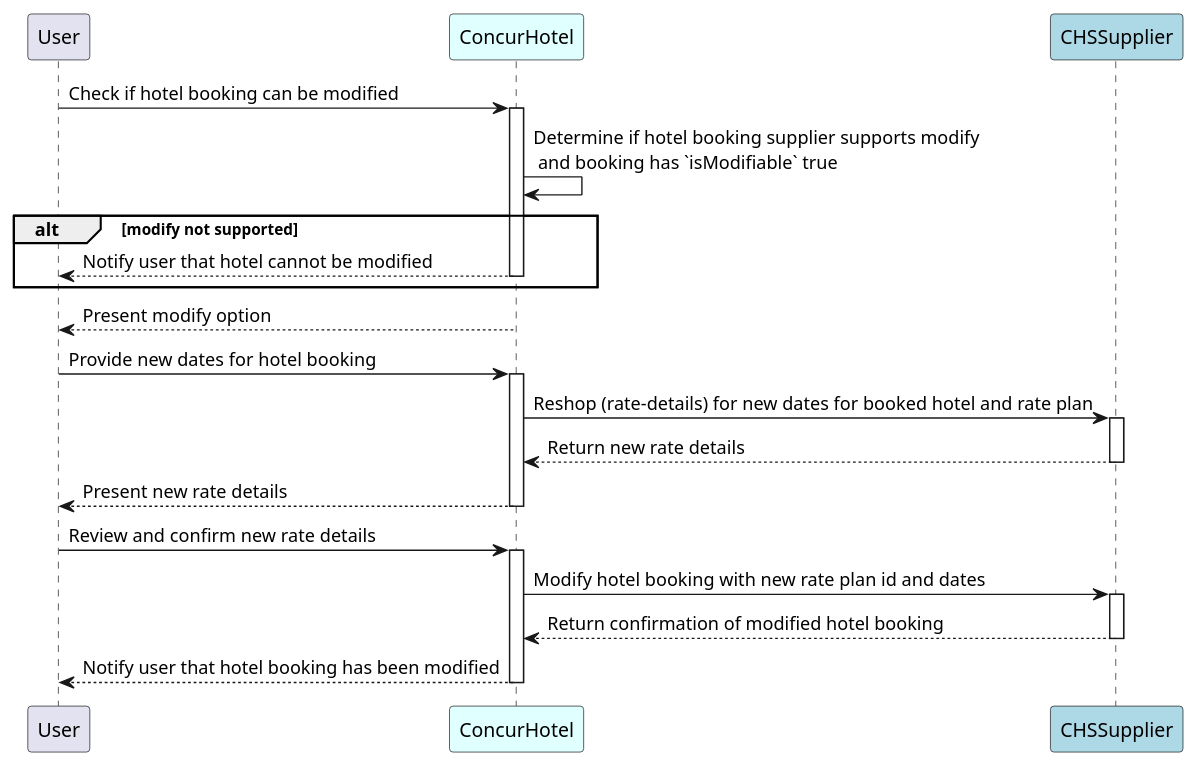
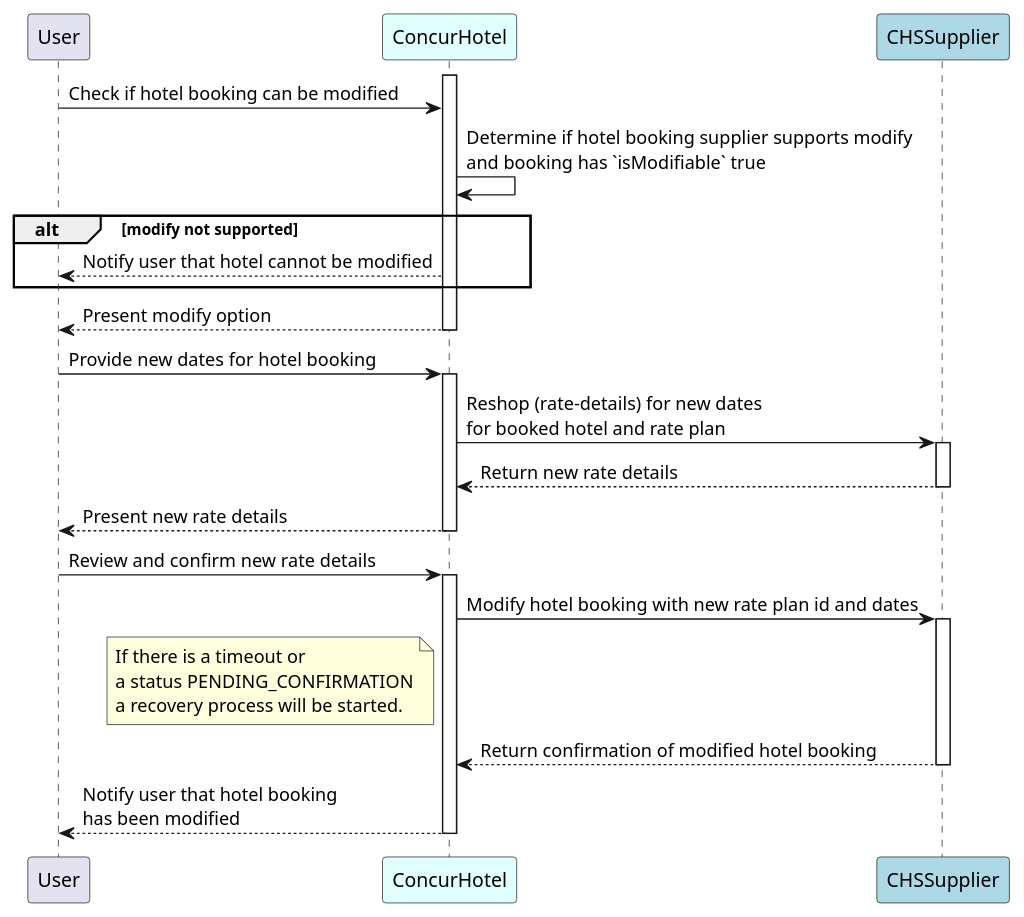
Before and after one commit to SAP-docs/preview.developer.concur.com: the diagram in api-reference/direct-connects/hotel-service-4/images/diagrams/hotel-modify.puml, drawn with PlantUML. The commit also changed 6 other files, not shown here.

```diff
--- a/api-reference/direct-connects/hotel-service-4/images/diagrams/hotel-modify.puml
+++ b/api-reference/direct-connects/hotel-service-4/images/diagrams/hotel-modify.puml
@@ -1,24 +1,33 @@
 @startuml hotel-modify
 
 participant "User" as user
 
 participant ConcurHotel as cHotel #Lightcyan
 participant "CHSSupplier" as supply #LightBlue
 
-user -> cHotel++: Check if hotel booking can be modified
-cHotel -> cHotel:  Determine if hotel booking supplier supports modify\n and booking has `isModifiable` true
+activate cHotel
+user -> cHotel: Check if hotel booking can be modified
+cHotel -> cHotel:  Determine if hotel booking supplier supports modify\nand booking has `isModifiable` true
 alt modify not supported
-     cHotel --> user--: Notify user that hotel cannot be modified
+     cHotel --> user: Notify user that hotel cannot be modified
 end
+cHotel --> user: Present modify option
+deactivate cHotel
 
-cHotel --> user--: Present modify option
 user -> cHotel++: Provide new dates for hotel booking
-cHotel -> supply++: Reshop (rate-details) for new dates for booked hotel and rate plan
+cHotel -> supply++: Reshop (rate-details) for new dates\nfor booked hotel and rate plan
 supply --> cHotel--: Return new rate details
 cHotel --> user--: Present new rate details
+
+
 user -> cHotel++: Review and confirm new rate details
+
 cHotel -> supply++: Modify hotel booking with new rate plan id and dates
+note left of cHotel: If there is a timeout or\na status PENDING_CONFIRMATION\na recovery process will be started.
 supply --> cHotel--: Return confirmation of modified hotel booking
-cHotel --> user--: Notify user that hotel booking has been modified
+
+cHotel -->user: Notify user that hotel booking\nhas been modified
+deactivate cHotel
+
 
 @enduml
```
